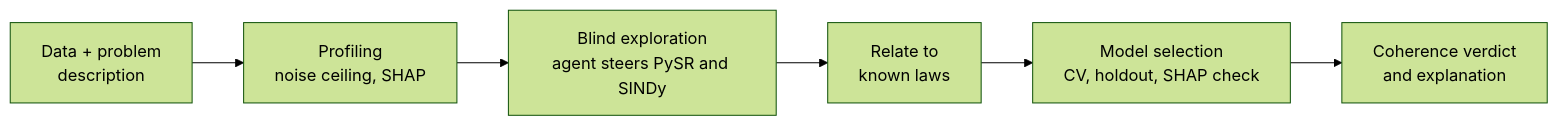
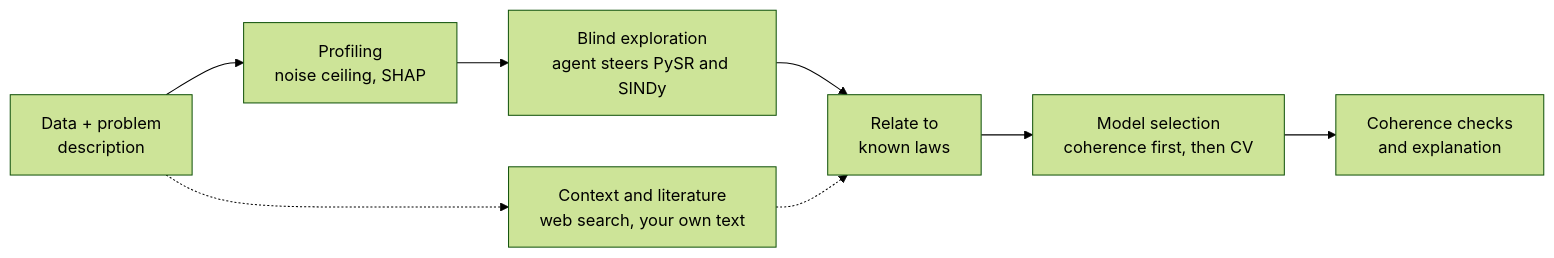
One commit to HUN-REN-AI1Science/syxplain changed the diagram in README.md. Above: the diagram before and after it, drawn with Mermaid (forest theme). The commit also changed other lines of this file and 9 other files, not shown here.

````diff
--- a/README.md
+++ b/README.md
@@ -31,8 +38,10 @@
 ```mermaid
 flowchart LR
     A[Data + problem<br/>description] --> B[Profiling<br/>noise ceiling, SHAP]
+    A -.-> L[Context and literature<br/>web search, your own text]
     B --> C[Blind exploration<br/>agent steers PySR and SINDy]
     C --> R[Relate to<br/>known laws]
-    R --> S[Model selection<br/>CV, holdout, SHAP check]
-    S --> E[Coherence verdict<br/>and explanation]
+    L -.-> R
+    R --> S[Model selection<br/>coherence first, then CV]
+    S --> E[Coherence checks<br/>and explanation]
 ```
````
